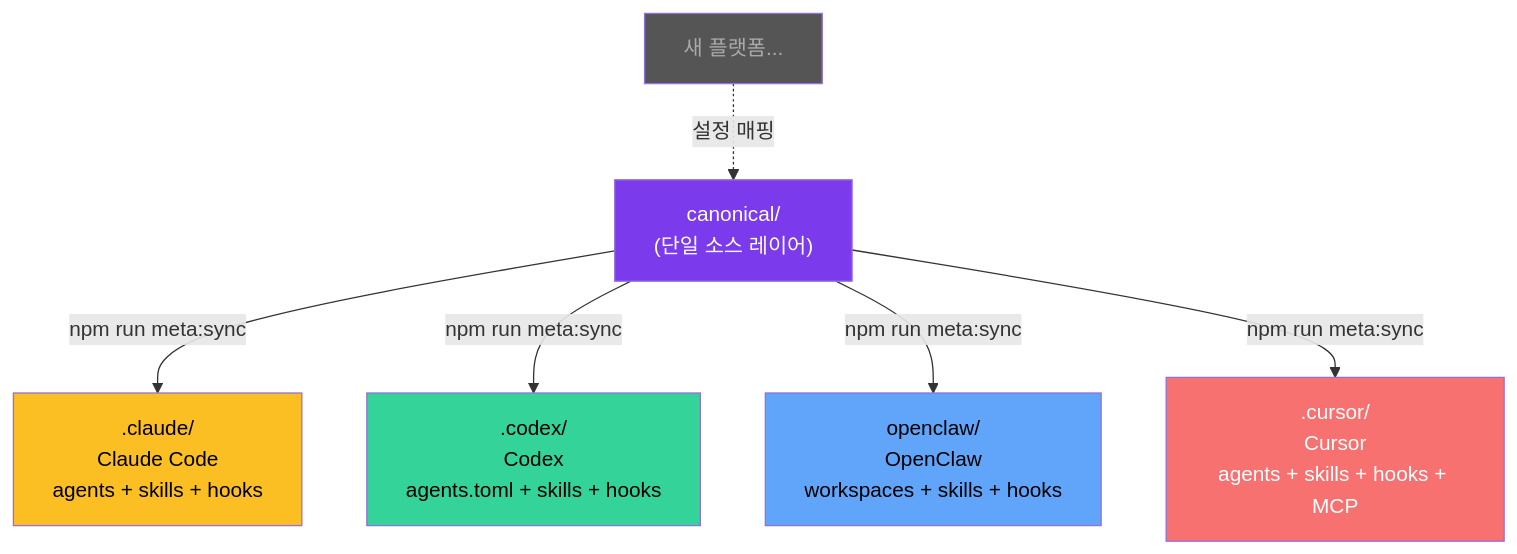
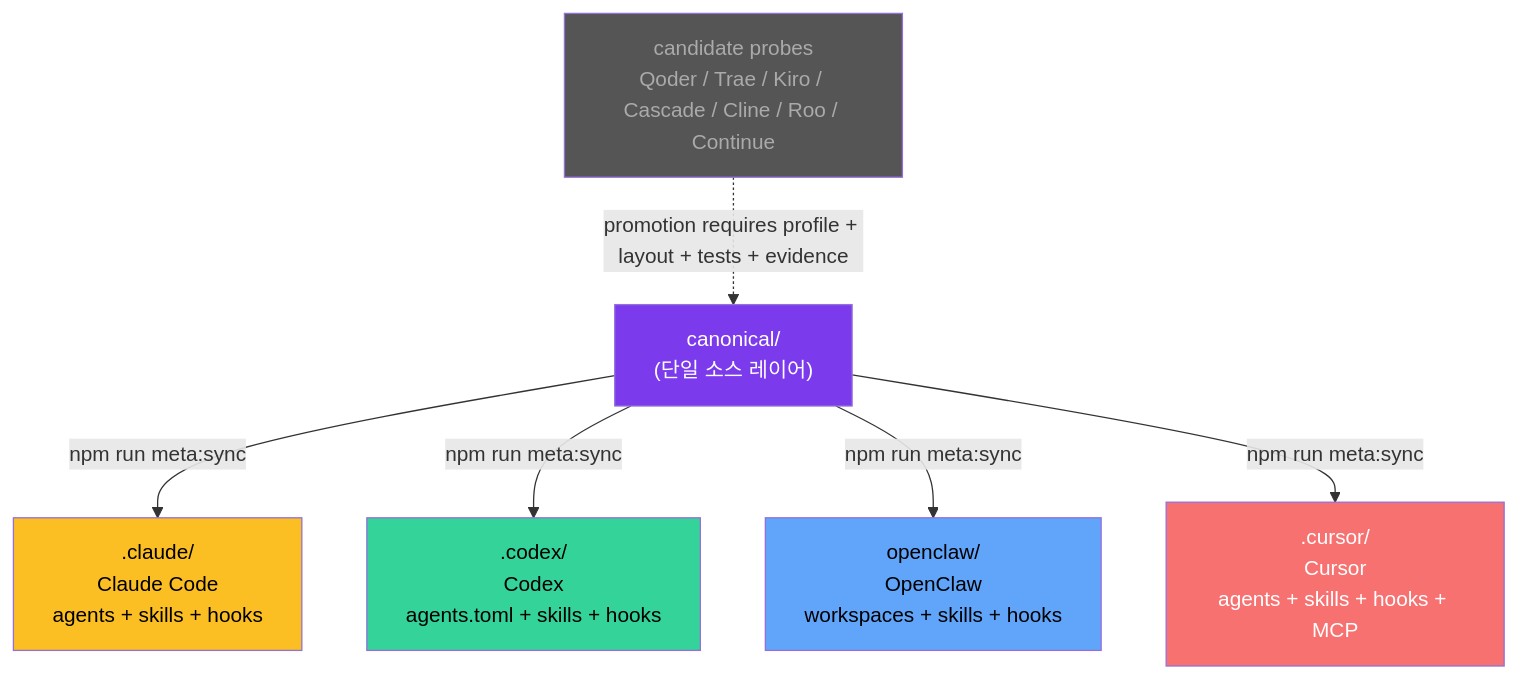
Before and after one commit to chouyong/Meta_Kim: the eighth of 9 diagrams in README.ko-KR.md, drawn with Mermaid. The commit also changed other lines of this file and 23 other files, not shown here.

````diff
--- a/README.ko-KR.md
+++ b/README.ko-KR.md
@@ -494,18 +499,18 @@
 ```mermaid
 flowchart TB
     CANONICAL["canonical/<br/>(단일 소스 레이어)"]
 
     CANONICAL --> |npm run meta:sync| CLAUDE[".claude/<br/>Claude Code<br/>agents + skills + hooks"]
     CANONICAL --> |npm run meta:sync| CODEX[".codex/<br/>Codex<br/>agents.toml + skills + hooks"]
     CANONICAL --> |npm run meta:sync| OPENCLAW["openclaw/<br/>OpenClaw<br/>workspaces + skills + hooks"]
     CANONICAL --> |npm run meta:sync| CURSOR[".cursor/<br/>Cursor<br/>agents + skills + hooks + MCP"]
 
-    NEW[새 플랫폼...] -.-> |설정 매핑| CANONICAL
+    CANDIDATE["candidate probes<br/>Qoder / Trae / Kiro / Cascade / Cline / Roo / Continue"] -.-> |promotion requires profile + layout + tests + evidence| CANONICAL
 
     style CANONICAL fill:#7c3aed,color:#fff
     style CLAUDE fill:#fbbf24,color:#000
     style CODEX fill:#34d399,color:#000
     style OPENCLAW fill:#60a5fa,color:#000
     style CURSOR fill:#f87171,color:#fff
-    style NEW fill:#555,color:#aaa
+    style CANDIDATE fill:#555,color:#aaa
 ```
````
